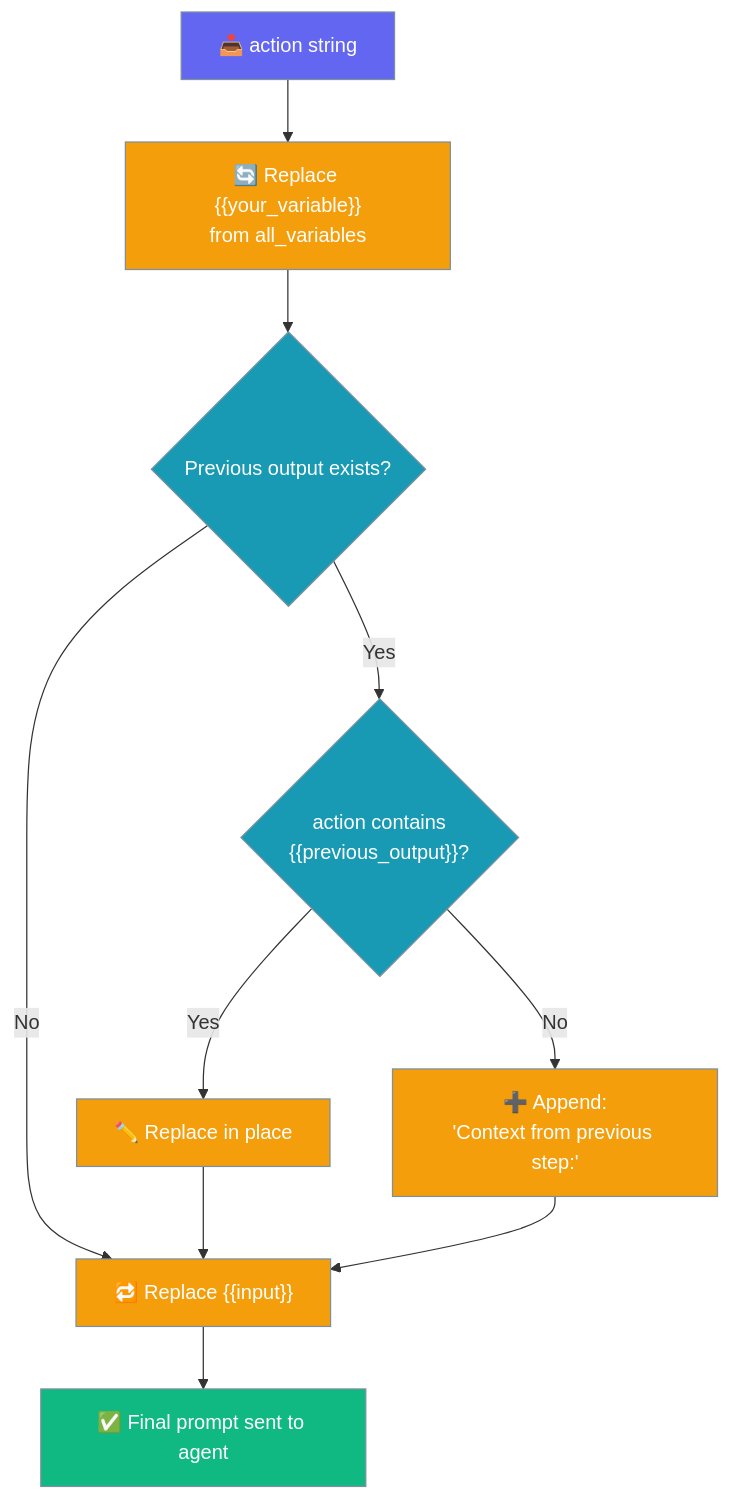
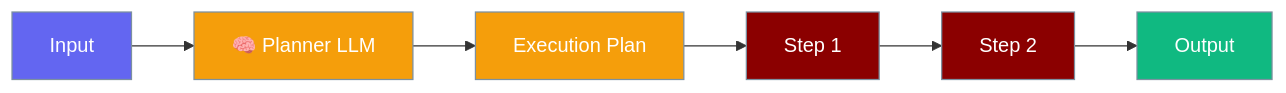
Before and after one commit to MervinPraison/PraisonAIDocs: the sixth of 11 diagrams in docs/features/workflows.mdx, drawn with Mermaid. The commit also changed other lines of this file and 4 other files, not shown here.

````diff
--- a/docs/features/workflows.mdx
+++ b/docs/features/workflows.mdx
@@ -1028,22 +292,15 @@
 ```mermaid
-graph TB
-    A["📥 action string"] --> B["🔄 Replace {{your_variable}}<br/>from all_variables"]
-    B --> C{Previous output exists?}
-    C -->|No| F["🔁 Replace {{input}}"]
-    C -->|Yes| D{"action contains<br/>{{previous_output}}?"}
-    D -->|Yes| E1["✏️ Replace in place"]
-    D -->|No| E2["➕ Append:<br/>'Context from previous step:'"]
-    E1 --> F
-    E2 --> F
-    F --> G["✅ Final prompt sent to agent"]
+graph LR
+    IN[Input] --> P[🧠 Planner LLM]
+    P --> PLAN[Execution Plan]
+    PLAN --> S1[Step 1] --> S2[Step 2] --> OUT[Output]
 
-    classDef input fill:#6366F1,stroke:#7C90A0,color:#fff
-    classDef process fill:#F59E0B,stroke:#7C90A0,color:#fff
-    classDef decision fill:#189AB4,stroke:#7C90A0,color:#fff
-    classDef output fill:#10B981,stroke:#7C90A0,color:#fff
-
-    class A input
-    class B,E1,E2,F process
-    class C,D decision
-    class G output
+    classDef input  fill:#6366F1,stroke:#7C90A0,color:#fff
+    classDef plan   fill:#F59E0B,stroke:#7C90A0,color:#fff
+    classDef step   fill:#8B0000,stroke:#7C90A0,color:#fff
+    classDef out    fill:#10B981,stroke:#7C90A0,color:#fff
+    class IN input
+    class P,PLAN plan
+    class S1,S2 step
+    class OUT out
 ```
````
